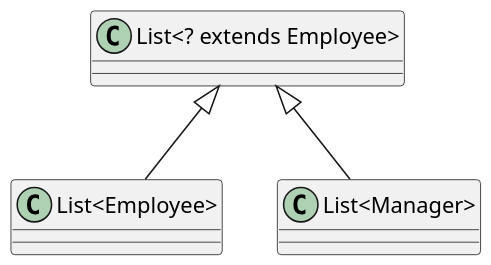
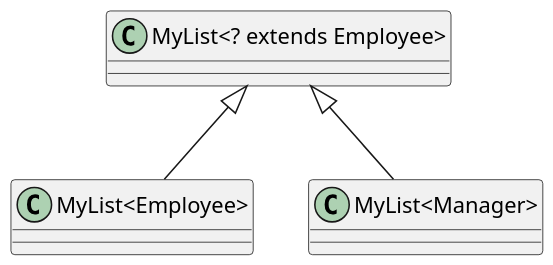
The eighth of 9 diagrams in slides06/src/main/asciidoc/lecture.adoc (inponomarev/java-mipt), drawn with PlantUML before and after one commit. The commit also changed other lines of this file and 2 other files, not shown here.

```diff
--- a/slides06/src/main/asciidoc/lecture.adoc
+++ b/slides06/src/main/asciidoc/lecture.adoc
@@ -857,24 +858,24 @@
 [plantuml, wildext, png]
 ----
 @startuml
 
 skinparam dpi 150 
 
-class "List<? extends Employee>" {
+class "MyList<? extends Employee>" {
 }
 
 
-class "List<Employee>" {
+class "MyList<Employee>" {
 
 }
 
-class "List<Manager>" {
+class "MyList<Manager>" {
 
 }
 
-"List<? extends Employee>" <|-- "List<Employee>"
+"MyList<? extends Employee>" <|-- "MyList<Employee>"
 
-"List<? extends Employee>" <|-- "List<Manager>"
+"MyList<? extends Employee>" <|-- "MyList<Manager>"
 
 @enduml
 ----
```
